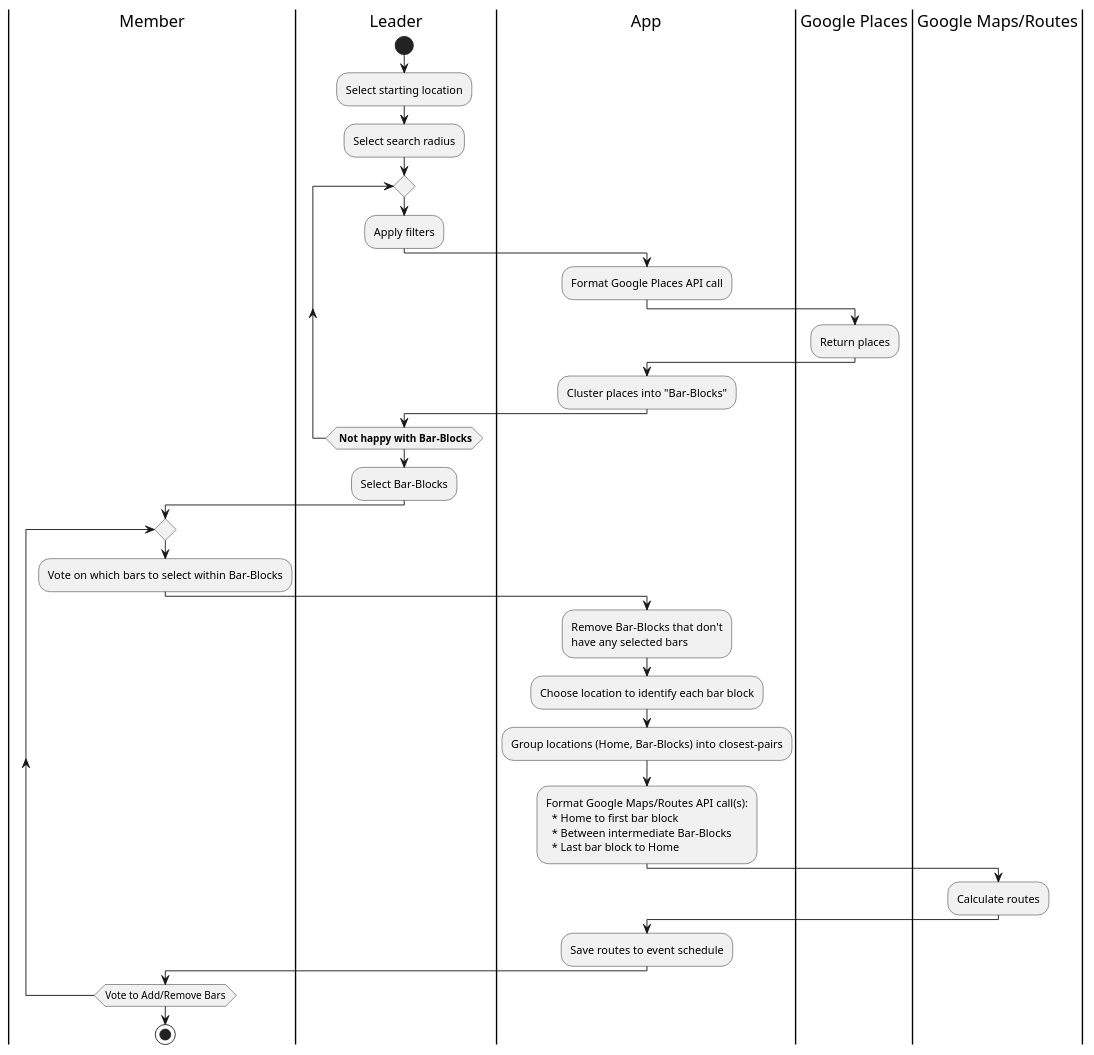
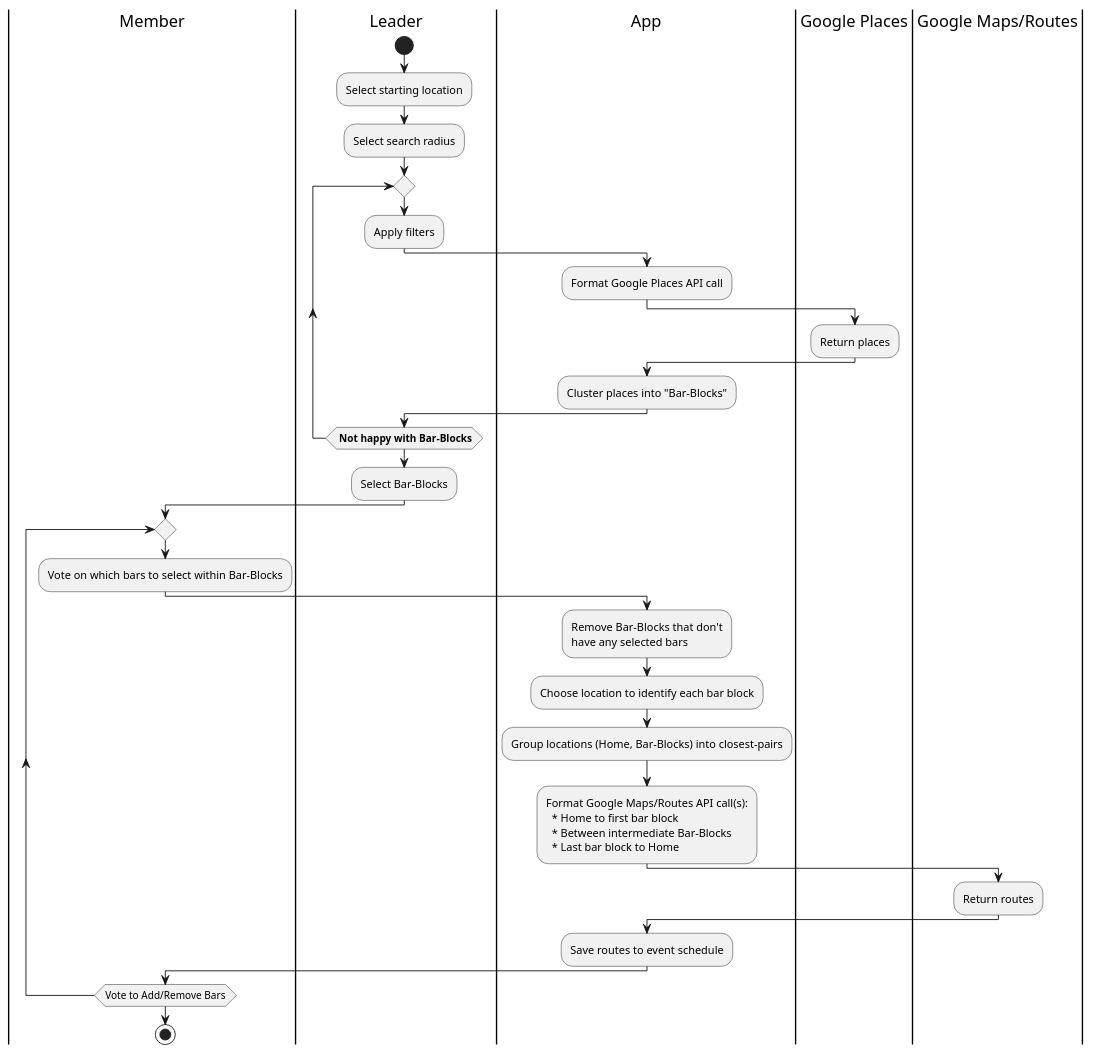
The diagram in diagrams/Activity/search_and_selection.wsd (Kentahayakawa/Krunkrouting), drawn with PlantUML before and after one commit. The commit also changed 1 other file, not shown here.

```diff
--- a/diagrams/Activity/search_and_selection.wsd
+++ b/diagrams/Activity/search_and_selection.wsd
@@ -1,60 +1,60 @@
 @startuml
 
 |Member|
 |Member|
 
 |Leader|
 start
 :Select starting location;
 :Select search radius;
 repeat
 :Apply filters;
 |Leader|
 
 |App|
 :Format Google Places API call;
 |App|
 
 |Google Places|
 :Return places;
 |Google Places|
 
 |App|
 :Cluster places into "Bar-Blocks";
 |App|
 
 |Leader|
 repeat while (<b> Not happy with Bar-Blocks)
 :Select Bar-Blocks;
 |Leader|
 
 |Member|
 repeat
 :Vote on which bars to select within Bar-Blocks;
 |Member|
 
 |App|
 :Remove Bar-Blocks that don't
 have any selected bars;
 :Choose location to identify each bar block;
 :Group locations (Home, Bar-Blocks) into closest-pairs;
 :Format Google Maps/Routes API call(s):
   * Home to first bar block
   * Between intermediate Bar-Blocks
   * Last bar block to Home;
 |App|
 
 |Google Maps/Routes|
-:Calculate routes;
+:Return routes;
 |Google Maps/Routes|
 
 |App|
 :Save routes to event schedule;
 |App|
 
 |Member|
 repeatwhile (Vote to Add/Remove Bars)
 |Member|
 
 stop
 @enduml
```
